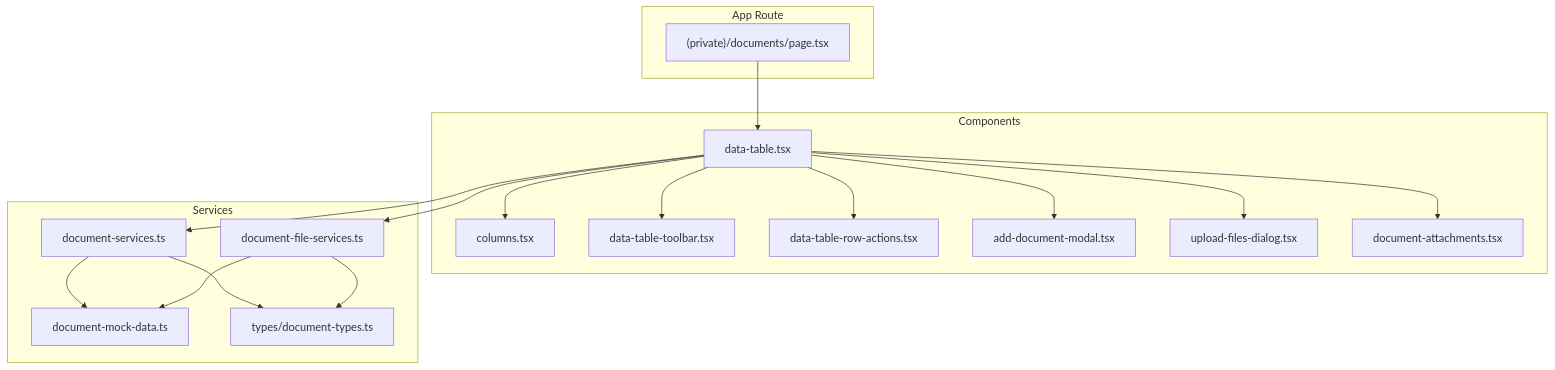
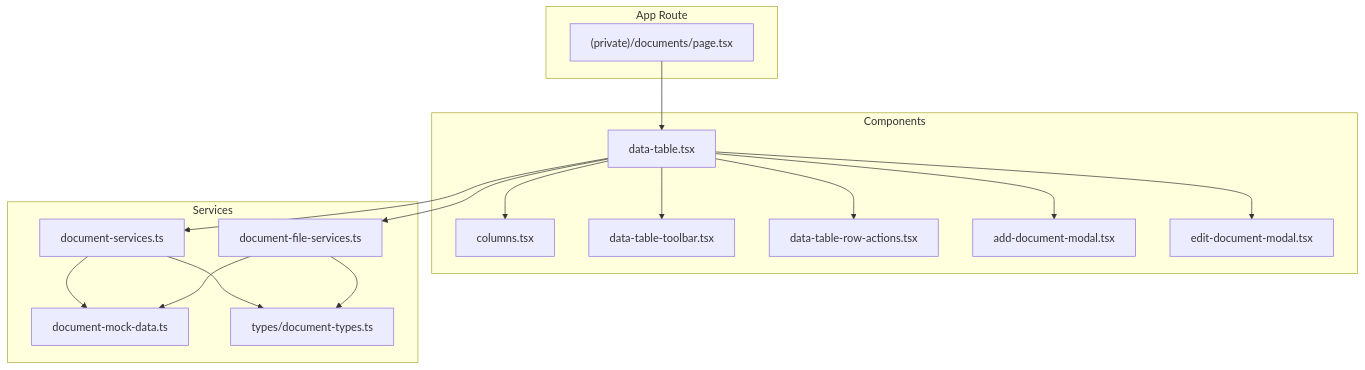
Before and after one commit to ngothanhtung/claude-code-shadcn-dashboard: the first of 7 diagrams in .qoder/repowiki/en/content/Data Management Modules/Document Management.md, drawn with Mermaid. The commit also changed other lines of this file and 165 other files, not shown here.

````diff
--- a/.qoder/repowiki/en/content/Data Management Modules/Document Management.md
+++ b/.qoder/repowiki/en/content/Data Management Modules/Document Management.md
@@ -40,34 +48,32 @@
 ```mermaid
 graph TB
 subgraph "App Route"
 A["(private)/documents/page.tsx"]
 end
 subgraph "Components"
 B["data-table.tsx"]
 C["columns.tsx"]
 D["data-table-toolbar.tsx"]
 E["data-table-row-actions.tsx"]
 F["add-document-modal.tsx"]
-G["upload-files-dialog.tsx"]
-H["document-attachments.tsx"]
+G["edit-document-modal.tsx"]
 end
 subgraph "Services"
-I["document-services.ts"]
-J["document-file-services.ts"]
-K["document-mock-data.ts"]
-L["types/document-types.ts"]
+H["document-services.ts"]
+I["document-file-services.ts"]
+J["document-mock-data.ts"]
+K["types/document-types.ts"]
 end
 A --> B
 B --> C
 B --> D
 B --> E
 B --> F
 B --> G
 B --> H
 B --> I
-B --> J
+H --> J
+I --> J
+H --> K
 I --> K
-J --> K
-I --> L
-J --> L
 ```
````
